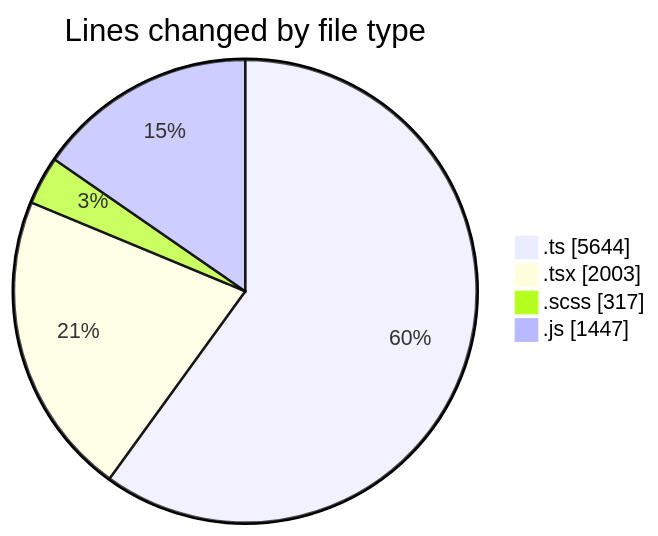
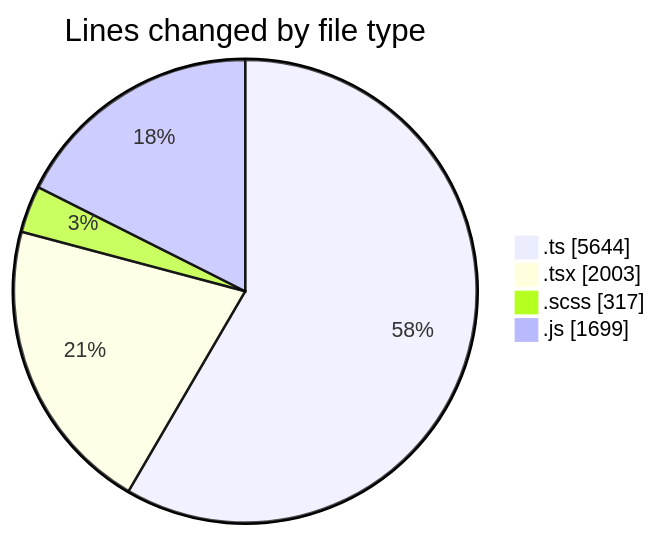
One commit to momahboobian/code-tracking changed the first of 2 diagrams in 2025-03-21/cda/README.md. Above: the diagram before and after it, drawn with Mermaid. The commit also changed other lines of this file and 1 other file, not shown here.

````diff
--- a/2025-03-21/cda/README.md
+++ b/2025-03-21/cda/README.md
@@ -40,8 +40,8 @@
 ```mermaid
 pie showData
 title Lines changed by file type
 ".ts" : 5644
 ".tsx" : 2003
 ".scss" : 317
-".js" : 1447
+".js" : 1699
 ```
````
